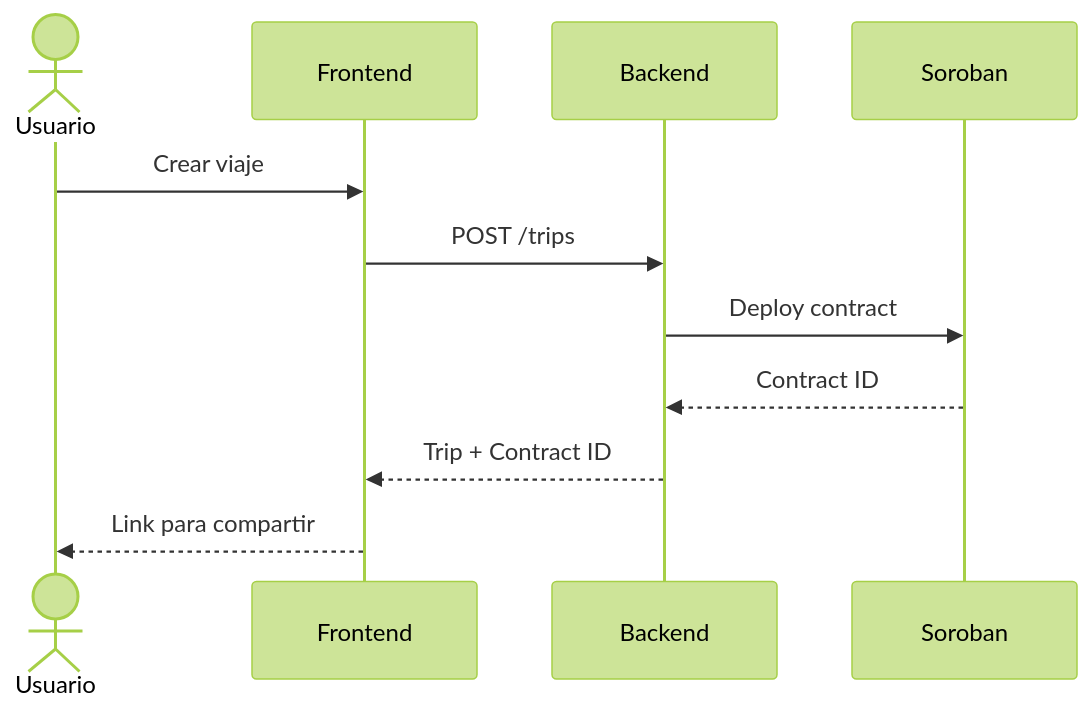
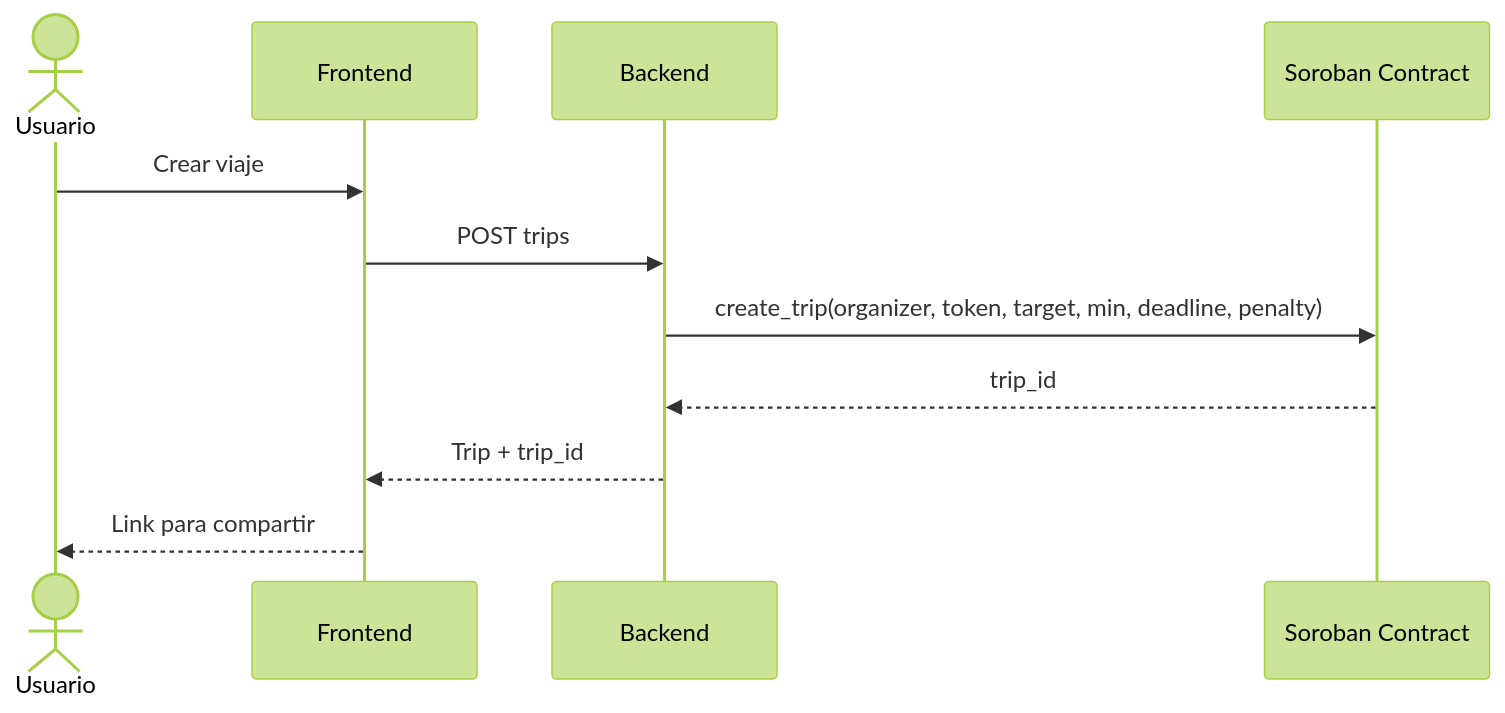
One commit to CoKeFish/Impacta-Bootcamp changed the sixth of 15 diagrams in ARCHITECTURE.md. Above: the diagram before and after it, drawn with Mermaid (forest theme). The commit also changed other lines of this file and 3 other files, not shown here.

````diff
--- a/ARCHITECTURE.md
+++ b/ARCHITECTURE.md
@@ -107,13 +267,13 @@
 ```mermaid
 sequenceDiagram
     actor U as Usuario
     participant FE as Frontend
     participant BE as Backend
-    participant SC as Soroban
+    participant SC as Soroban Contract
     U ->> FE: Crear viaje
-    FE ->> BE: POST /trips
-    BE ->> SC: Deploy contract
-    SC -->> BE: Contract ID
-    BE -->> FE: Trip + Contract ID
+    FE ->> BE: POST trips
+    BE ->> SC: create_trip(organizer, token, target, min, deadline, penalty)
+    SC -->> BE: trip_id
+    BE -->> FE: Trip + trip_id
     FE -->> U: Link para compartir
 ```
````
